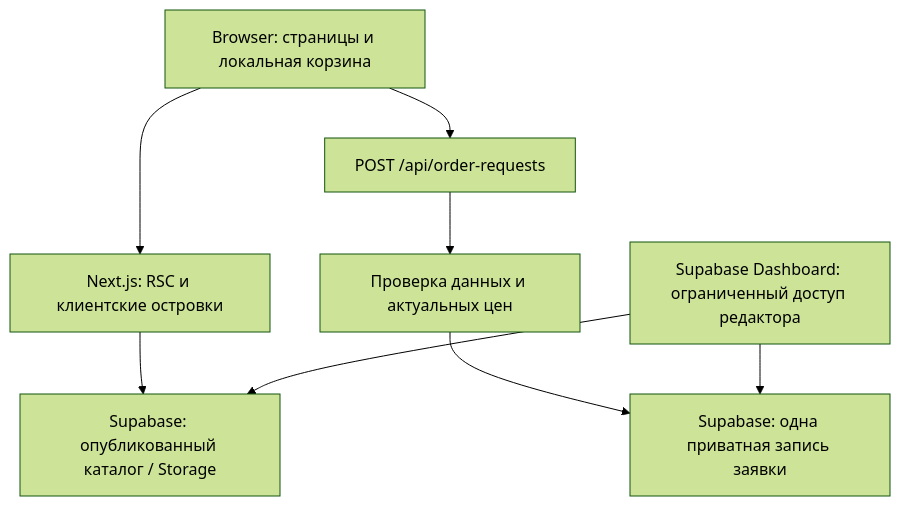
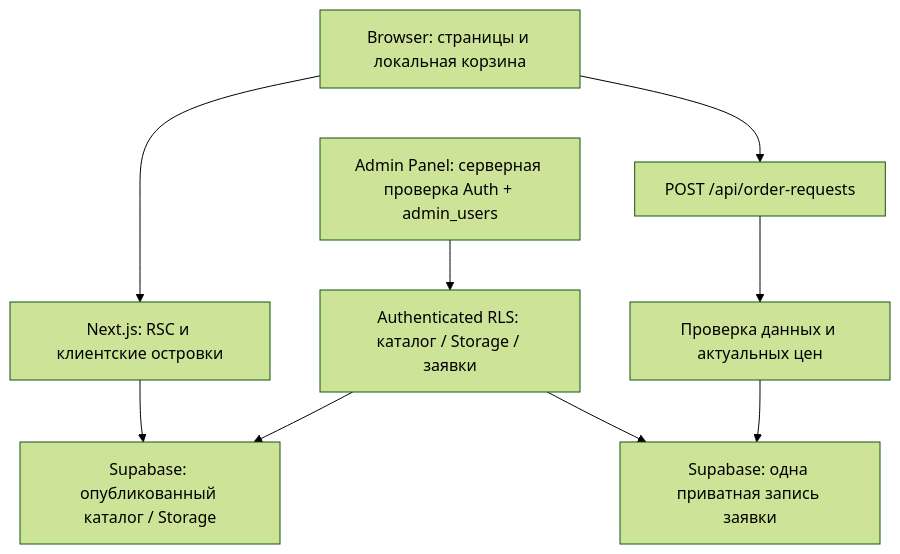
Before and after one commit to Artemgluhih/marmix-flex-store: the diagram in docs/ARCHITECTURE.md, drawn with Mermaid (forest theme). The commit also changed other lines of this file, not shown here.

Commit message:
docs: design secure Marmix Flex admin architecture

```diff
--- a/docs/ARCHITECTURE.md
+++ b/docs/ARCHITECTURE.md
@@ -19,10 +20,11 @@
 ~~~mermaid
 flowchart TD
     A["Browser: страницы и локальная корзина"] --> B["Next.js: RSC и клиентские островки"]
     B --> C["Supabase: опубликованный каталог / Storage"]
     A --> D["POST /api/order-requests"]
     D --> E["Проверка данных и актуальных цен"]
     E --> F["Supabase: одна приватная запись заявки"]
-    G["Supabase Dashboard: ограниченный доступ редактора"] --> C
-    G --> F
+    G["Admin Panel: серверная проверка Auth + admin_users"] --> H["Authenticated RLS: каталог / Storage / заявки"]
+    H --> C
+    H --> F
 ~~~
```
